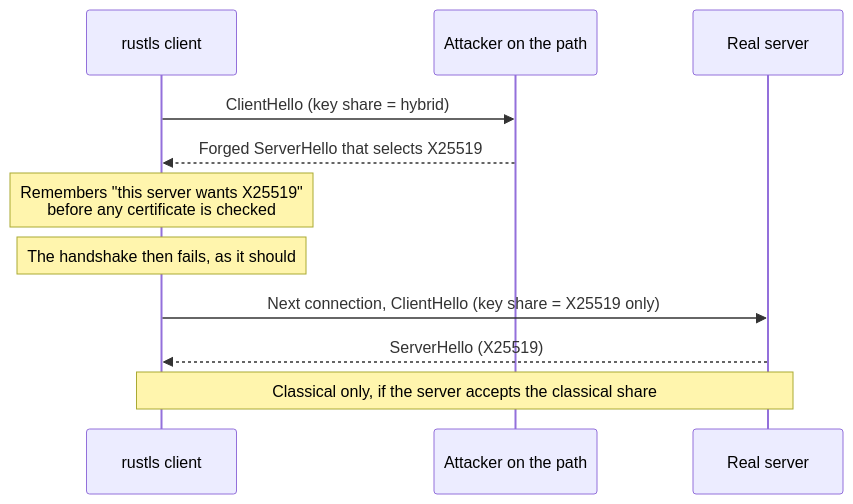
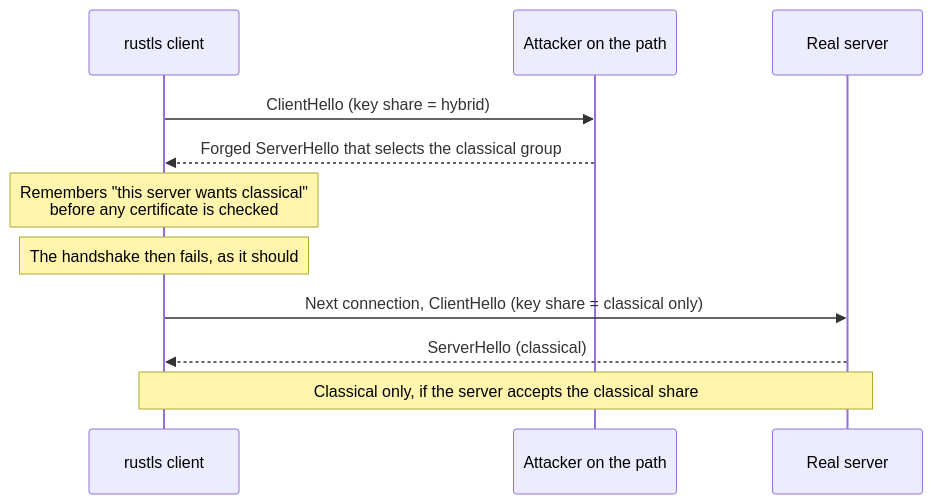
One commit to Adam010341/pq-tls-classical-fallback changed the second of 2 diagrams in README.md. Above: the diagram before and after it, drawn with Mermaid. The commit also changed other lines of this file and 2 other files, not shown here.

Commit message:
README: use plain words instead of group and advisory identifiers

````diff
--- a/README.md
+++ b/README.md
@@ -41,13 +43,13 @@
 ```mermaid
 sequenceDiagram
     participant C as rustls client
     participant A as Attacker on the path
     participant S as Real server
     C->>A: ClientHello (key share = hybrid)
-    A-->>C: Forged ServerHello that selects X25519
-    Note over C: Remembers "this server wants X25519"<br/>before any certificate is checked
+    A-->>C: Forged ServerHello that selects the classical group
+    Note over C: Remembers "this server wants classical"<br/>before any certificate is checked
     Note over C: The handshake then fails, as it should
-    C->>S: Next connection, ClientHello (key share = X25519 only)
-    S-->>C: ServerHello (X25519)
+    C->>S: Next connection, ClientHello (key share = classical only)
+    S-->>C: ServerHello (classical)
     Note over C,S: Classical only, if the server accepts the classical share
 ```
````
